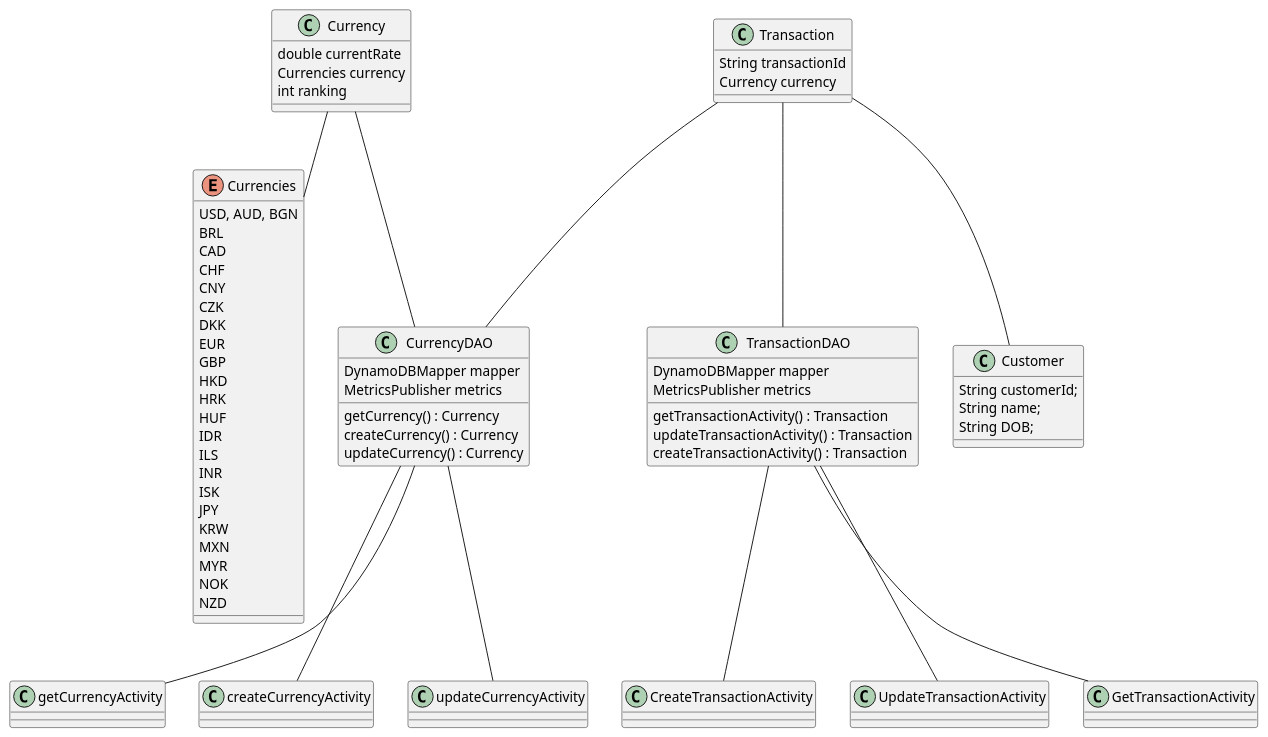
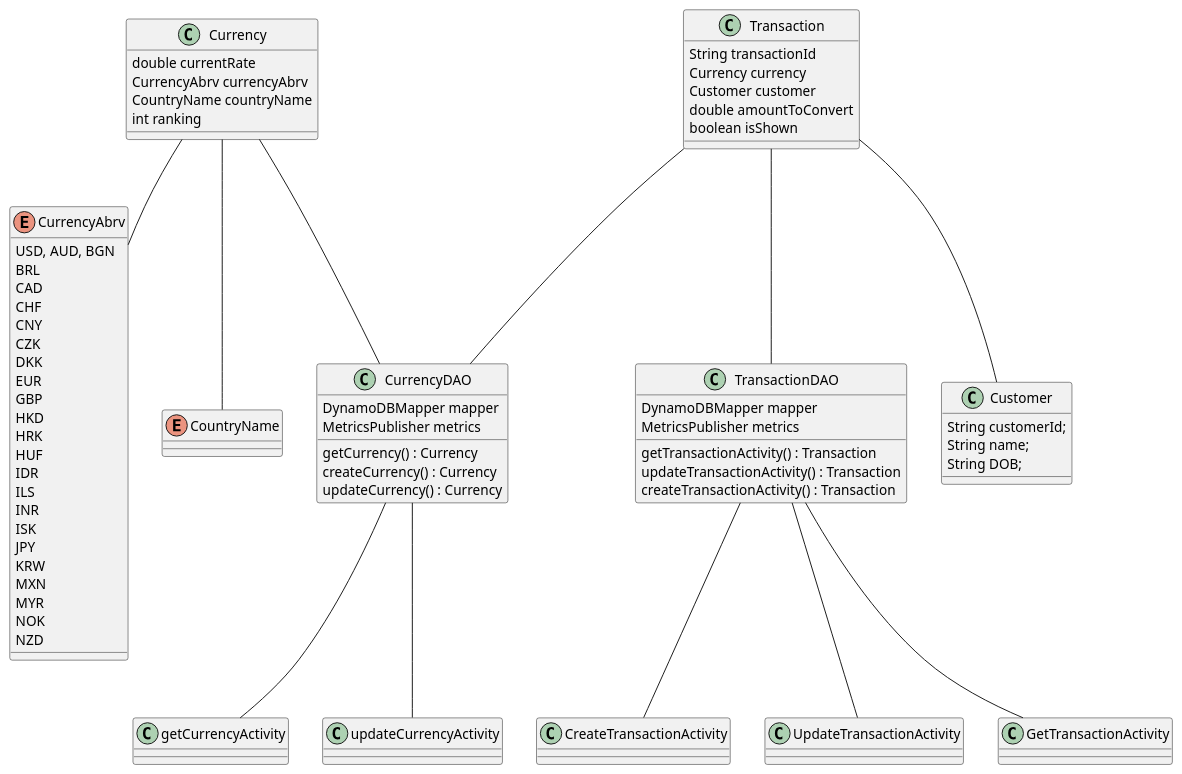
Before and after one commit to MattyOBar/CurrencyPal: the diagram in resources/currencyConverterCD.puml, drawn with PlantUML.

```diff
--- a/resources/currencyConverterCD.puml
+++ b/resources/currencyConverterCD.puml
@@ -1,75 +1,84 @@
-Currency -- Currencies
+@startuml
+Currency -- CurrencyAbrv
 Transaction -- TransactionDAO
 TransactionDAO -- CreateTransactionActivity
 TransactionDAO -- UpdateTransactionActivity
 TransactionDAO -- GetTransactionActivity
 Currency -- CurrencyDAO
 Transaction -- Customer
 Transaction -- CurrencyDAO
 CurrencyDAO -- getCurrencyActivity
-CurrencyDAO -- createCurrencyActivity
 CurrencyDAO -- updateCurrencyActivity
+Currency -- CountryName
 class Currency {
 double currentRate
-Currencies currency
+CurrencyAbrv currencyAbrv
+CountryName countryName
 int ranking
 }
-ENUM Currencies {
+ENUM CountryName{
+
+}
+
+ENUM CurrencyAbrv {
 USD, AUD, BGN
 BRL
 CAD
 CHF
 CNY
 CZK
 DKK
 EUR
 GBP
 HKD
 HRK
 HUF
 IDR
 ILS
 INR
 ISK
 JPY
 KRW
 MXN
 MYR
 NOK
 NZD
 }
 class CurrencyDAO {
 DynamoDBMapper mapper
 MetricsPublisher metrics
 getCurrency() : Currency
 createCurrency() : Currency
 updateCurrency() : Currency
 }
-class createCurrencyActivity{
-}
+
 class updateCurrencyActivity{
 }
 class getCurrencyActivity {
 }
 class TransactionDAO {
 DynamoDBMapper mapper
 MetricsPublisher metrics
 getTransactionActivity() : Transaction
 updateTransactionActivity() : Transaction
 createTransactionActivity() : Transaction
 }
 class Transaction {
 String transactionId
 Currency currency
+Customer customer
+double amountToConvert
+boolean isShown
 }
 class UpdateTransactionActivity {
 }
 class CreateTransactionActivity {
 }
 class GetTransactionActivity {
 }
 class Customer {
 String customerId;
 String name;
 String DOB;
 }
+@enduml
```
